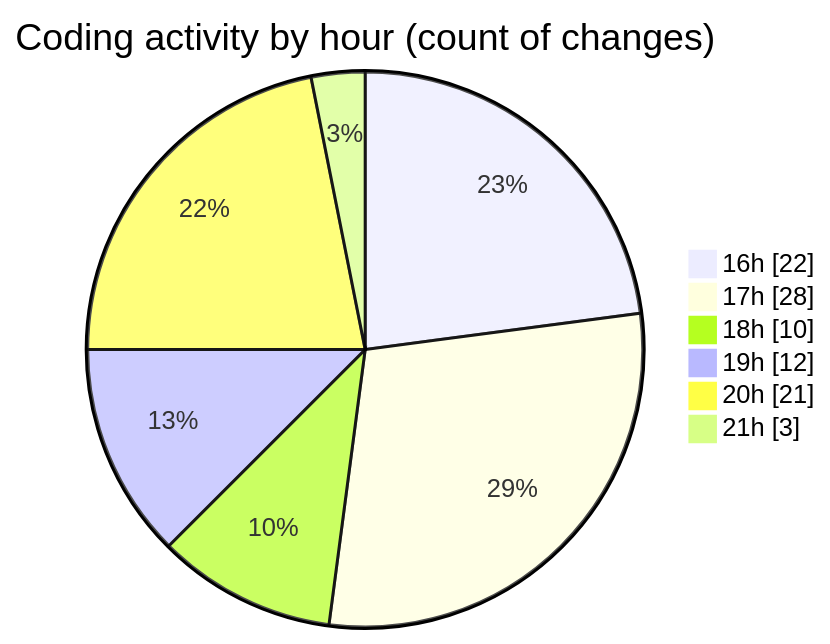
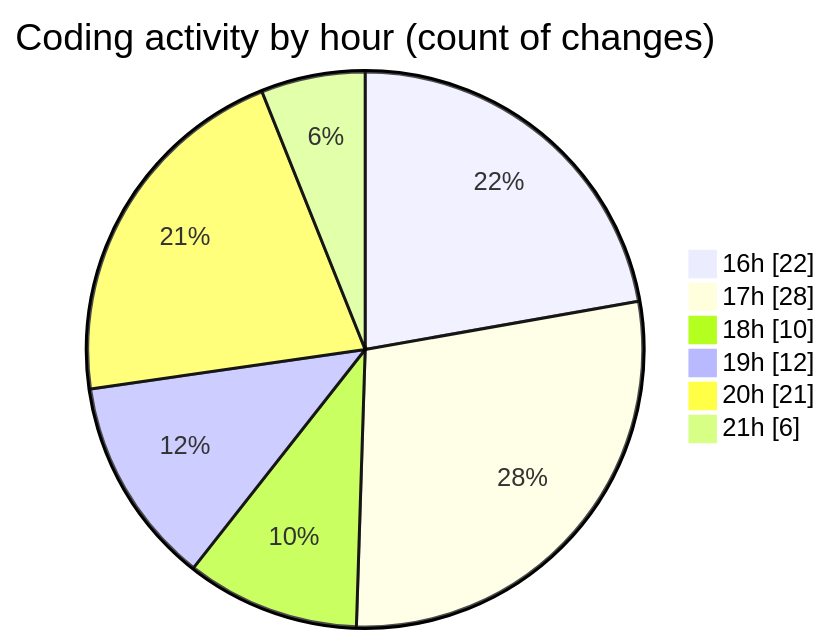
The second of 2 diagrams in 2026-02-17/bot_v1_2/README.md (becaeroporto-bot/code-tracking), drawn with Mermaid before and after one commit. The commit also changed other lines of this file and 1 other file, not shown here.

````diff
--- a/2026-02-17/bot_v1_2/README.md
+++ b/2026-02-17/bot_v1_2/README.md
@@ -53,10 +54,10 @@
 ```mermaid
 pie showData
 title Coding activity by hour (count of changes)
 "16h" : 22
 "17h" : 28
 "18h" : 10
 "19h" : 12
 "20h" : 21
-"21h" : 3
+"21h" : 6
 ```
````
